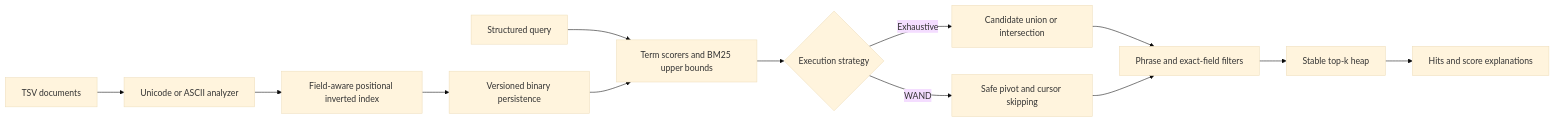
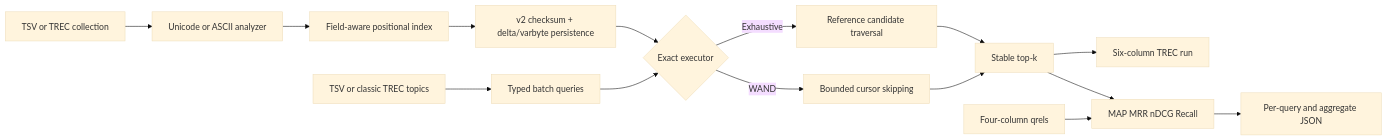
The diagram in README.md (appleweiping/IndexSail), drawn with Mermaid (base theme) before and after one commit. The commit also changed other lines of this file and 31 other files, not shown here.

Commit message:
Add TREC evaluation and compressed index format

````diff
--- a/README.md
+++ b/README.md
@@ -33,15 +34,17 @@
 ```mermaid
 flowchart LR
-    A[TSV documents] --> B[Unicode or ASCII analyzer]
-    B --> C[Field-aware positional inverted index]
-    C --> D[Versioned binary persistence]
-    Q[Structured query] --> E[Term scorers and BM25 upper bounds]
-    D --> E
-    E --> F{Execution strategy}
-    F -->|Exhaustive| G[Candidate union or intersection]
-    F -->|WAND| H[Safe pivot and cursor skipping]
-    G --> I[Phrase and exact-field filters]
-    H --> I
-    I --> J[Stable top-k heap]
-    J --> K[Hits and score explanations]
+    A[TSV or TREC collection] --> B[Unicode or ASCII analyzer]
+    B --> C[Field-aware positional index]
+    C --> D[v2 checksum + delta/varbyte persistence]
+    T[TSV or classic TREC topics] --> Q[Typed batch queries]
+    D --> E{Exact executor}
+    Q --> E
+    E -->|Exhaustive| X[Reference candidate traversal]
+    E -->|WAND| W[Bounded cursor skipping]
+    X --> K[Stable top-k]
+    W --> K
+    K --> R[Six-column TREC run]
+    J[Four-column qrels] --> M[MAP MRR nDCG Recall]
+    K --> M
+    M --> O[Per-query and aggregate JSON]
 ```
````
